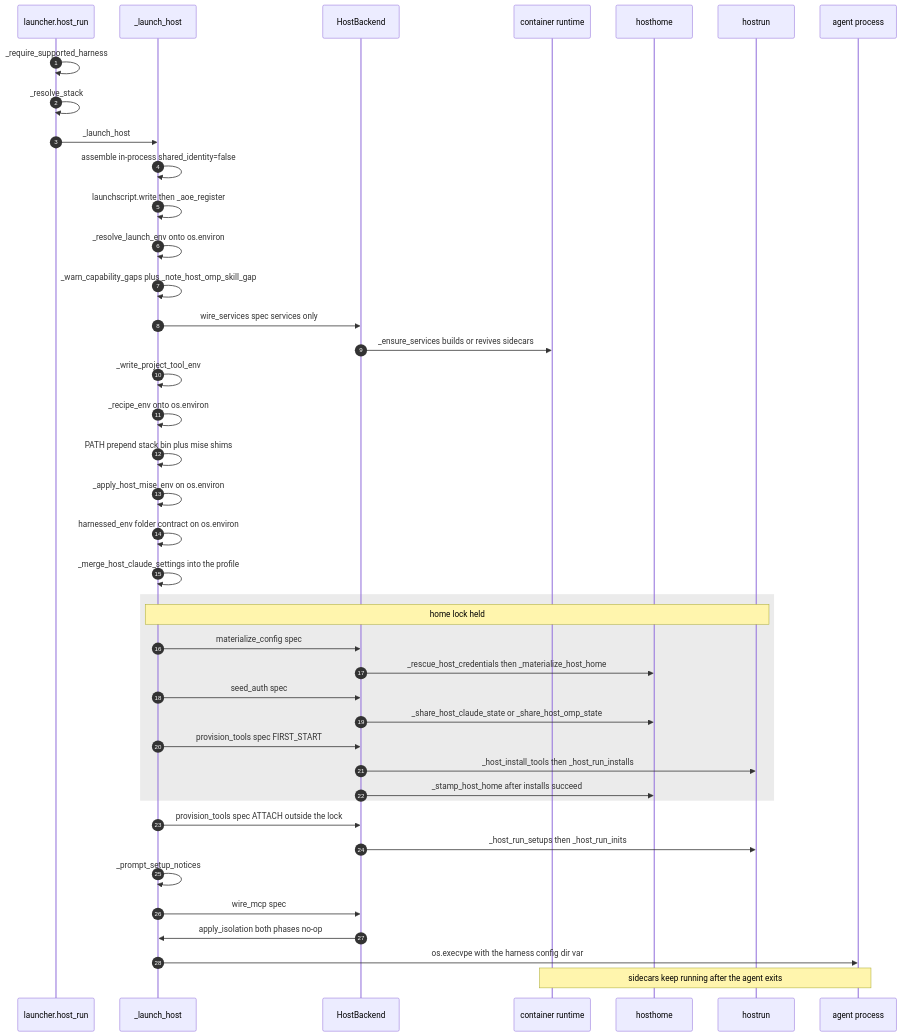
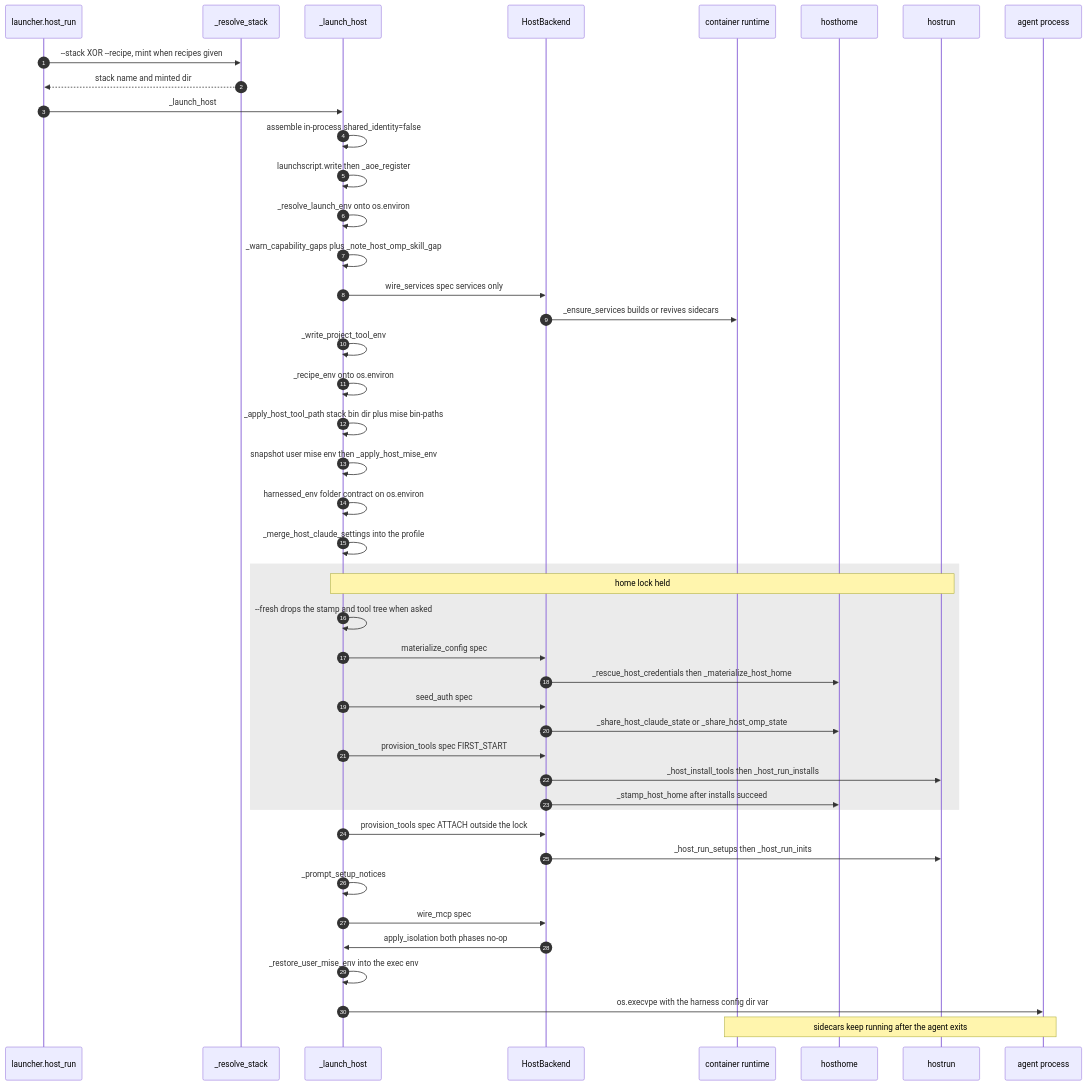
One commit to drmikecrowe/harnessed changed the diagram in openwiki/workflows/host-run.md. Above: the diagram before and after it, drawn with Mermaid. The commit also changed other lines of this file and 55 other files, not shown here.

````diff
--- a/openwiki/workflows/host-run.md
+++ b/openwiki/workflows/host-run.md
@@ -172,44 +229,47 @@
 ```mermaid
 sequenceDiagram
     autonumber
     participant RUN as launcher.host_run
+    participant RS as _resolve_stack
     participant LH as _launch_host
     participant BE as HostBackend
     participant RT as container runtime
     participant HH as hosthome
     participant HR as hostrun
     participant AG as agent process
 
-    RUN->>RUN: _require_supported_harness
-    RUN->>RUN: _resolve_stack
+    RUN->>RS: --stack XOR --recipe, mint when recipes given
+    RS-->>RUN: stack name and minted dir
     RUN->>LH: _launch_host
     LH->>LH: assemble in-process shared_identity=false
     LH->>LH: launchscript.write then _aoe_register
     LH->>LH: _resolve_launch_env onto os.environ
     LH->>LH: _warn_capability_gaps plus _note_host_omp_skill_gap
     LH->>BE: wire_services spec services only
     BE->>RT: _ensure_services builds or revives sidecars
     LH->>LH: _write_project_tool_env
     LH->>LH: _recipe_env onto os.environ
-    LH->>LH: PATH prepend stack bin plus mise shims
-    LH->>LH: _apply_host_mise_env on os.environ
+    LH->>LH: _apply_host_tool_path stack bin dir plus mise bin-paths
+    LH->>LH: snapshot user mise env then _apply_host_mise_env
     LH->>LH: harnessed_env folder contract on os.environ
     LH->>LH: _merge_host_claude_settings into the profile
     rect rgb(235,235,235)
         Note over LH,HR: home lock held
+        LH->>LH: --fresh drops the stamp and tool tree when asked
         LH->>BE: materialize_config spec
         BE->>HH: _rescue_host_credentials then _materialize_host_home
         LH->>BE: seed_auth spec
         BE->>HH: _share_host_claude_state or _share_host_omp_state
         LH->>BE: provision_tools spec FIRST_START
         BE->>HR: _host_install_tools then _host_run_installs
         BE->>HH: _stamp_host_home after installs succeed
     end
     LH->>BE: provision_tools spec ATTACH outside the lock
     BE->>HR: _host_run_setups then _host_run_inits
     LH->>LH: _prompt_setup_notices
     LH->>BE: wire_mcp spec
     BE->>LH: apply_isolation both phases no-op
+    LH->>LH: _restore_user_mise_env into the exec env
     LH->>AG: os.execvpe with the harness config dir var
     Note over AG,RT: sidecars keep running after the agent exits
 ```
````
